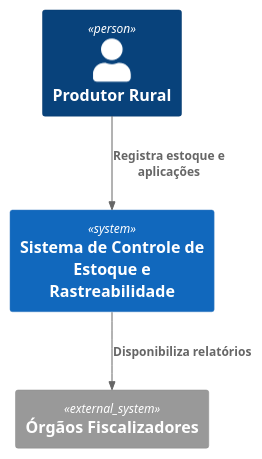
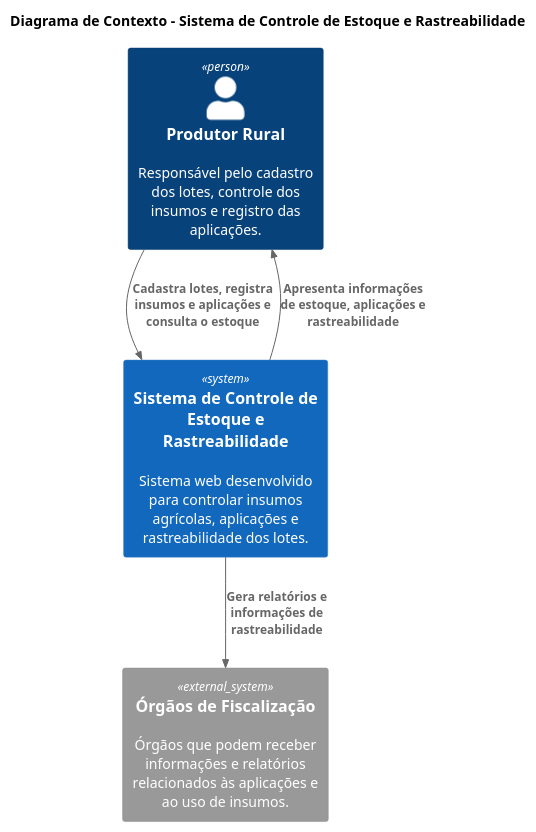
One commit to LauradeSouza-2404/projeto-contro.estoque changed the diagram in contexto.puml. Above: the diagram before and after it, drawn with PlantUML.

```diff
--- a/contexto.puml
+++ b/contexto.puml
@@ -1,13 +1,19 @@
 @startuml
+
 !include https://raw.githubusercontent.com/plantuml-stdlib/C4-PlantUML/master/C4_Context.puml
 
-Person(produtor, "Produtor Rural")
+title Diagrama de Contexto - Sistema de Controle de Estoque e Rastreabilidade
 
-System(sistema, "Sistema de Controle de Estoque e Rastreabilidade")
+Person(produtor, "Produtor Rural", "Responsável pelo cadastro dos lotes, controle dos insumos e registro das aplicações.")
 
-System_Ext(orgao, "Órgãos Fiscalizadores")
+System(sistema, "Sistema de Controle de Estoque e Rastreabilidade", "Sistema web desenvolvido para controlar insumos agrícolas, aplicações e rastreabilidade dos lotes.")
 
-Rel(produtor, sistema, "Registra estoque e aplicações")
-Rel(sistema, orgao, "Disponibiliza relatórios")
+System_Ext(fiscalizacao, "Órgãos de Fiscalização", "Órgãos que podem receber informações e relatórios relacionados às aplicações e ao uso de insumos.")
+
+Rel(produtor, sistema, "Cadastra lotes, registra insumos e aplicações e consulta o estoque")
+
+Rel(sistema, produtor, "Apresenta informações de estoque, aplicações e rastreabilidade")
+
+Rel(sistema, fiscalizacao, "Gera relatórios e informações de rastreabilidade")
 
 @enduml
```
